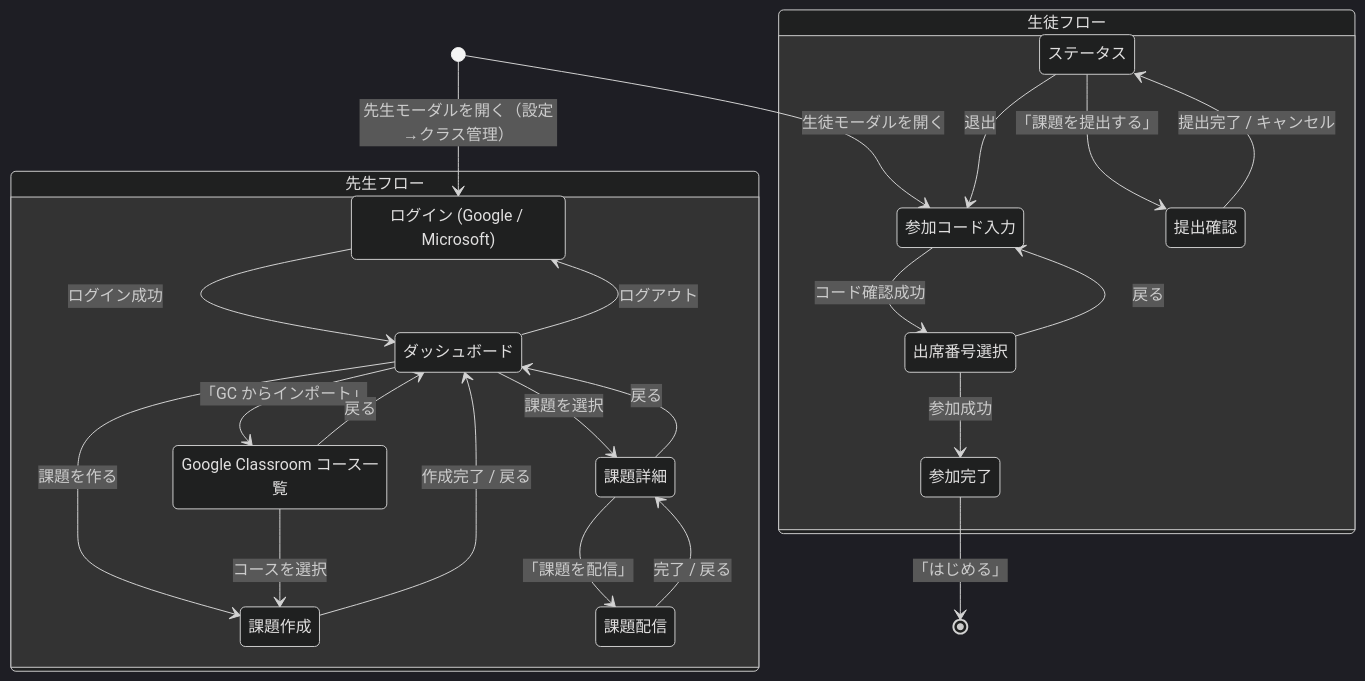
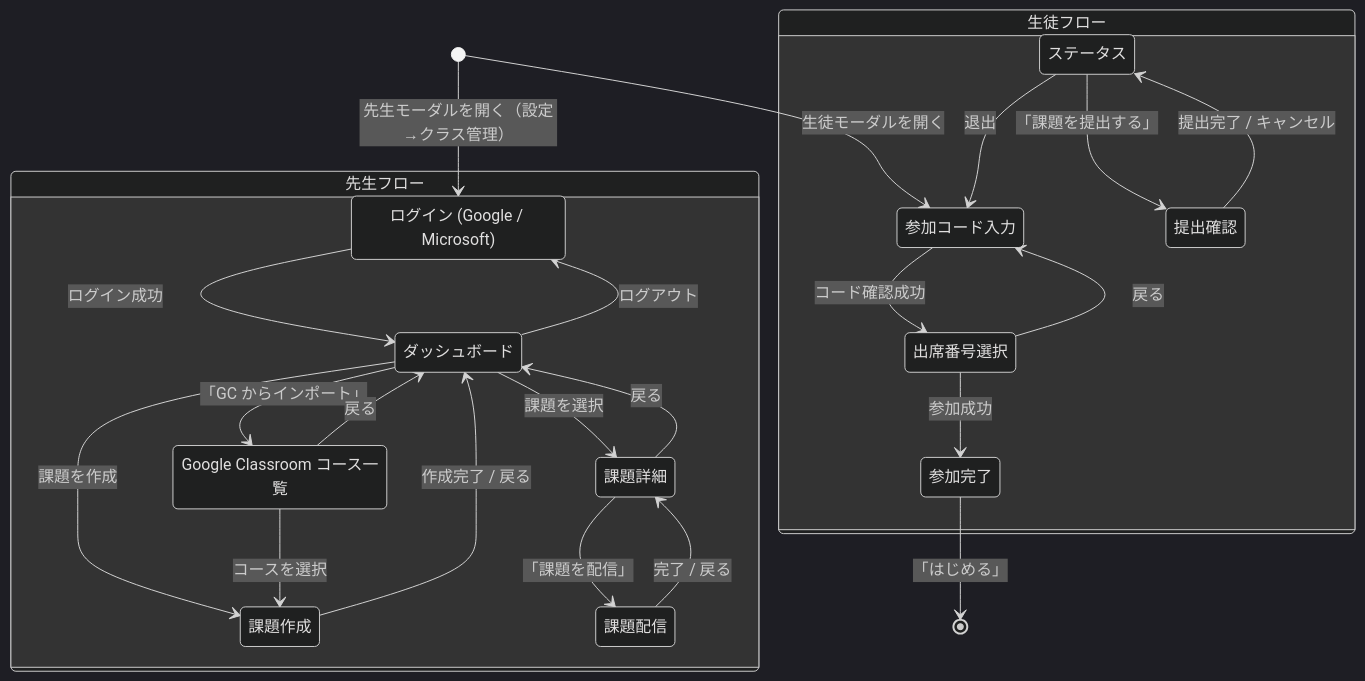
The diagram in docs/classroom/ui-ux.md (smalruby/smalruby3-editor), drawn with Mermaid (dark theme) before and after one commit. The commit also changed other lines of this file and 21 other files, not shown here.

````diff
--- a/docs/classroom/ui-ux.md
+++ b/docs/classroom/ui-ux.md
@@ -7,42 +7,42 @@
 ```mermaid
 stateDiagram-v2
     state "先生フロー" as teacher {
         state "ログイン (Google / Microsoft)" as teacher_login
         state "ダッシュボード" as teacher_dashboard
         state "課題作成" as teacher_create
         state "課題詳細" as teacher_detail
         state "Google Classroom コース一覧" as teacher_gc
         state "課題配信" as teacher_post
     }
     state "生徒フロー" as student {
         state "参加コード入力" as student_join
         state "出席番号選択" as student_seat
         state "参加完了" as student_joined
         state "ステータス" as student_status
         state "提出確認" as student_confirm
     }
 
     [*] --> student_join: 生徒モーダルを開く
     [*] --> teacher_login: 先生モーダルを開く（設定→クラス管理）
 
     teacher_login --> teacher_dashboard: ログイン成功
-    teacher_dashboard --> teacher_create: 課題を作る
+    teacher_dashboard --> teacher_create: 課題を作成
     teacher_dashboard --> teacher_detail: 課題を選択
     teacher_dashboard --> teacher_gc: 「GC からインポート」
     teacher_dashboard --> teacher_login: ログアウト
     teacher_create --> teacher_dashboard: 作成完了 / 戻る
     teacher_detail --> teacher_dashboard: 戻る
     teacher_detail --> teacher_post: 「課題を配信」
     teacher_post --> teacher_detail: 完了 / 戻る
     teacher_gc --> teacher_create: コースを選択
     teacher_gc --> teacher_dashboard: 戻る
 
     student_join --> student_seat: コード確認成功
     student_seat --> student_joined: 参加成功
     student_seat --> student_join: 戻る
     student_joined --> [*]: 「はじめる」
 
     student_status --> student_confirm: 「課題を提出する」
     student_status --> student_join: 退出
     student_confirm --> student_status: 提出完了 / キャンセル
 ```
````
